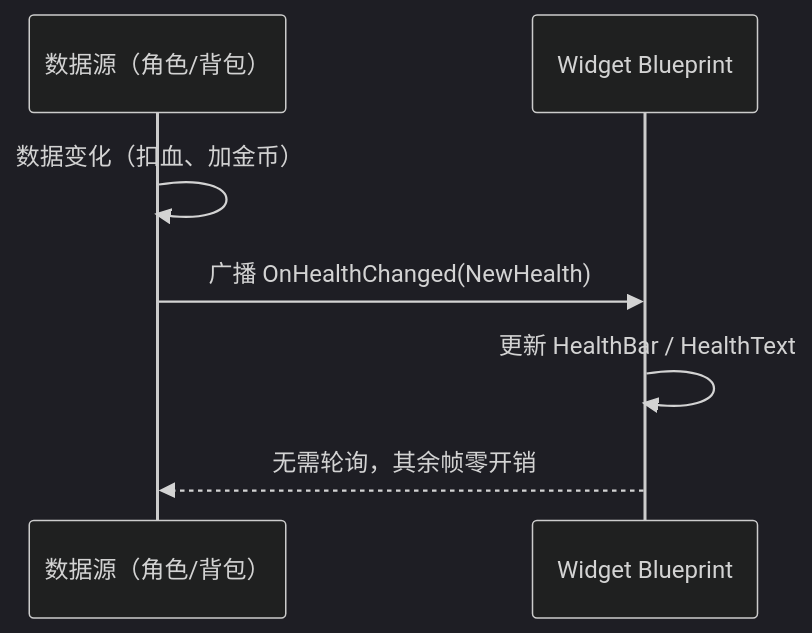
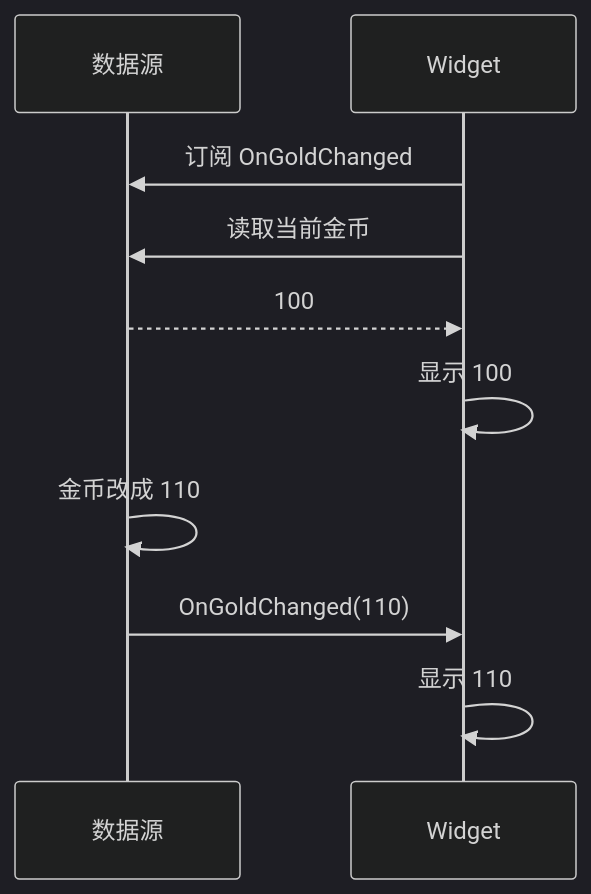
The third of 6 diagrams in 知识/05-Gameplay与交互系统/界面设置与无障碍/02-UI数据绑定与MVVM.md (fantuan812/learning), drawn with Mermaid (dark theme) before and after one commit. The commit also changed other lines of this file and 2 other files, not shown here.

````diff
--- a/知识/05-Gameplay与交互系统/界面设置与无障碍/02-UI数据绑定与MVVM.md
+++ b/知识/05-Gameplay与交互系统/界面设置与无障碍/02-UI数据绑定与MVVM.md
@@ -117,9 +83,12 @@
 ```mermaid
 sequenceDiagram
-    participant SRC as 数据源（角色/背包）
-    participant UI as Widget Blueprint
-    SRC->>SRC: 数据变化（扣血、加金币）
-    SRC->>UI: 广播 OnHealthChanged(NewHealth)
-    UI->>UI: 更新 HealthBar / HealthText
-    UI-->>SRC: 无需轮询，其余帧零开销
+    participant SRC as 数据源
+    participant UI as Widget
+    UI->>SRC: 订阅 OnGoldChanged
+    UI->>SRC: 读取当前金币
+    SRC-->>UI: 100
+    UI->>UI: 显示 100
+    SRC->>SRC: 金币改成 110
+    SRC->>UI: OnGoldChanged(110)
+    UI->>UI: 显示 110
 ```
````
